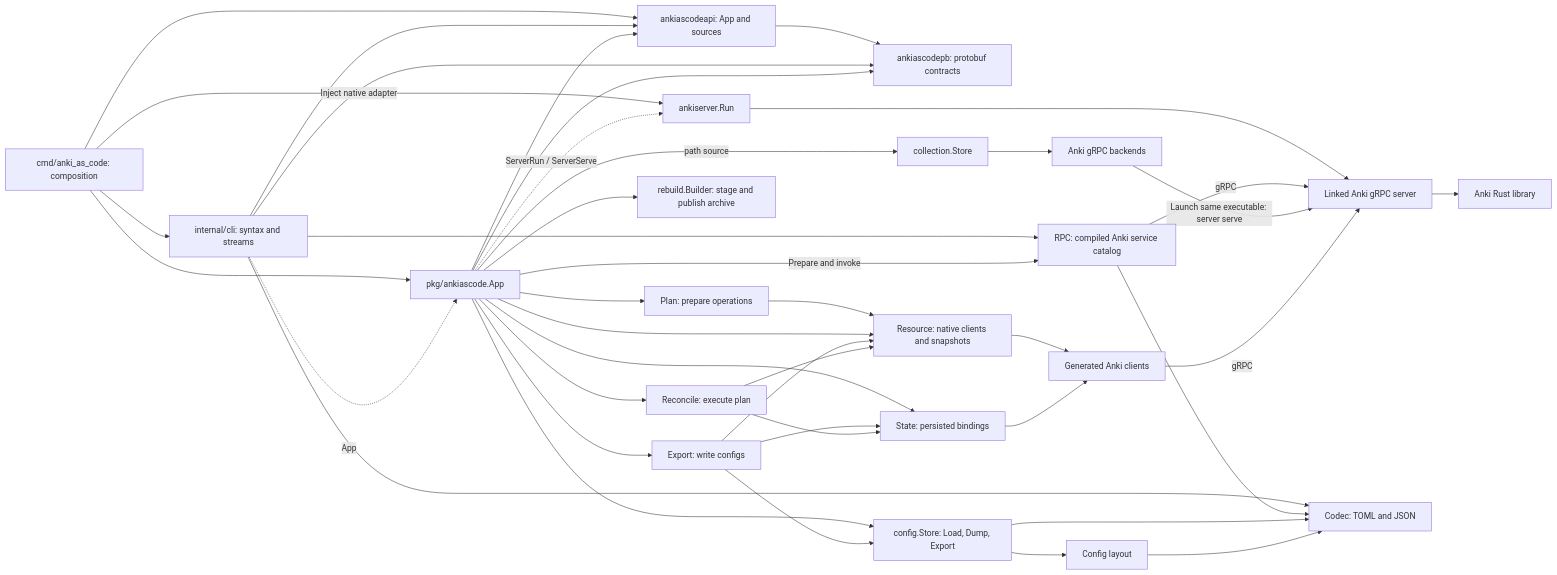
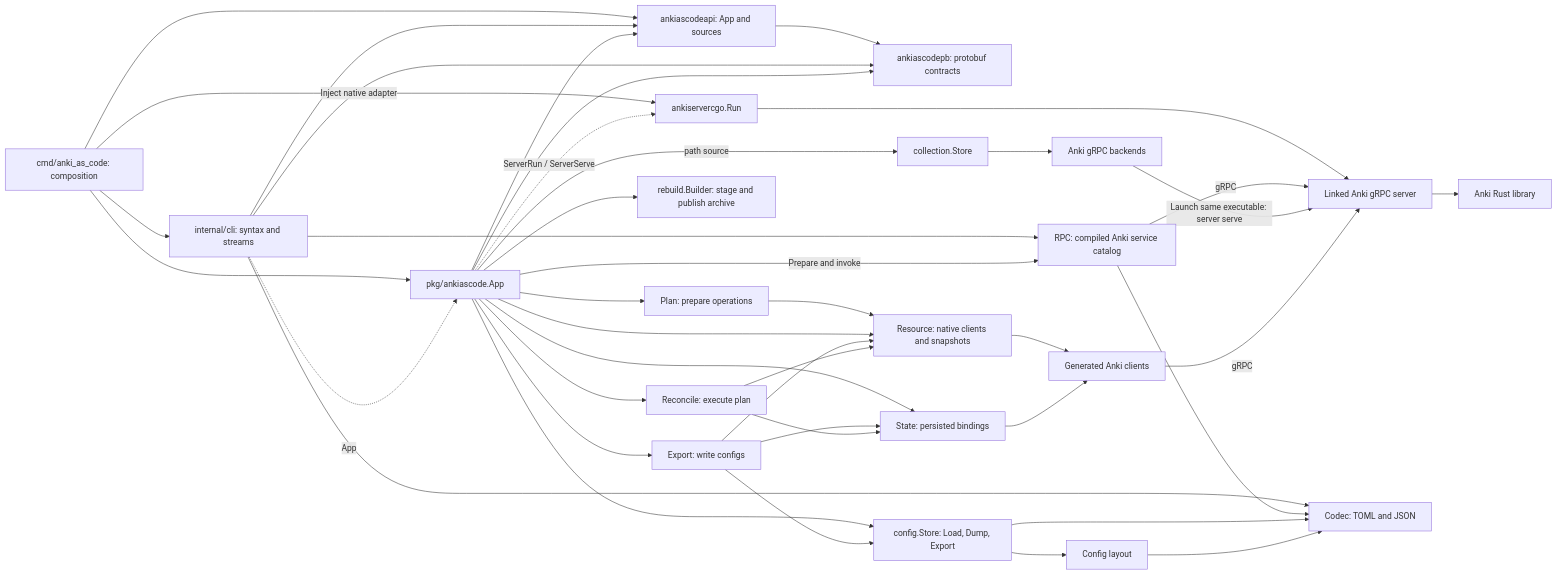
One commit to alwaldend/src changed the diagram in projects/anki_as_code/docs/package-dependencies.mmd. Above: the diagram before and after it, drawn with Mermaid. The commit also changed 46 other files, not shown here.

```diff
--- a/projects/anki_as_code/docs/package-dependencies.mmd
+++ b/projects/anki_as_code/docs/package-dependencies.mmd
@@ -1,41 +1,41 @@
 flowchart LR
     entry[cmd/anki_as_code: composition] --> cli[internal/cli: syntax and streams]
     entry --> app[pkg/ankiascode.App]
     cli -. App .-> app
     entry --> api[ankiascodeapi: App and sources]
     cli --> api
     app --> api
     api --> schema
     cli --> schema[ankiascodepb: protobuf contracts]
     app --> schema
-    entry -->|Inject native adapter| host[ankiserver.Run]
+    entry -->|Inject native adapter| host[ankiservercgo.Run]
     app -. ServerRun / ServerServe .-> host
     host --> server[Linked Anki gRPC server]
     app -->|path source| collections[collection.Store]
     app --> export[Export: write configs]
     app --> planning[Plan: prepare operations]
     app --> reconcile[Reconcile: execute plan]
     app --> builder[rebuild.Builder: stage and publish archive]
     planning --> resource
     app --> config[config.Store: Load, Dump, Export]
     app --> state[State: persisted bindings]
     cli --> codec[Codec: TOML and JSON]
     cli --> rpc[RPC: compiled Anki service catalog]
     rpc --> codec
     app -->|Prepare and invoke| rpc
     rpc -->|gRPC| server
     app --> resource[Resource: native clients and snapshots]
     export --> resource
     resource --> services[Generated Anki clients]
     export --> state
     export --> config
     config --> layout[Config layout]
     config --> codec
     layout --> codec
     reconcile --> state
     reconcile --> resource
     state --> services
     collections --> backend[Anki gRPC backends]
     backend -->|Launch same executable: server serve| server
     services -->|gRPC| server
     server --> native[Anki Rust library]
```
